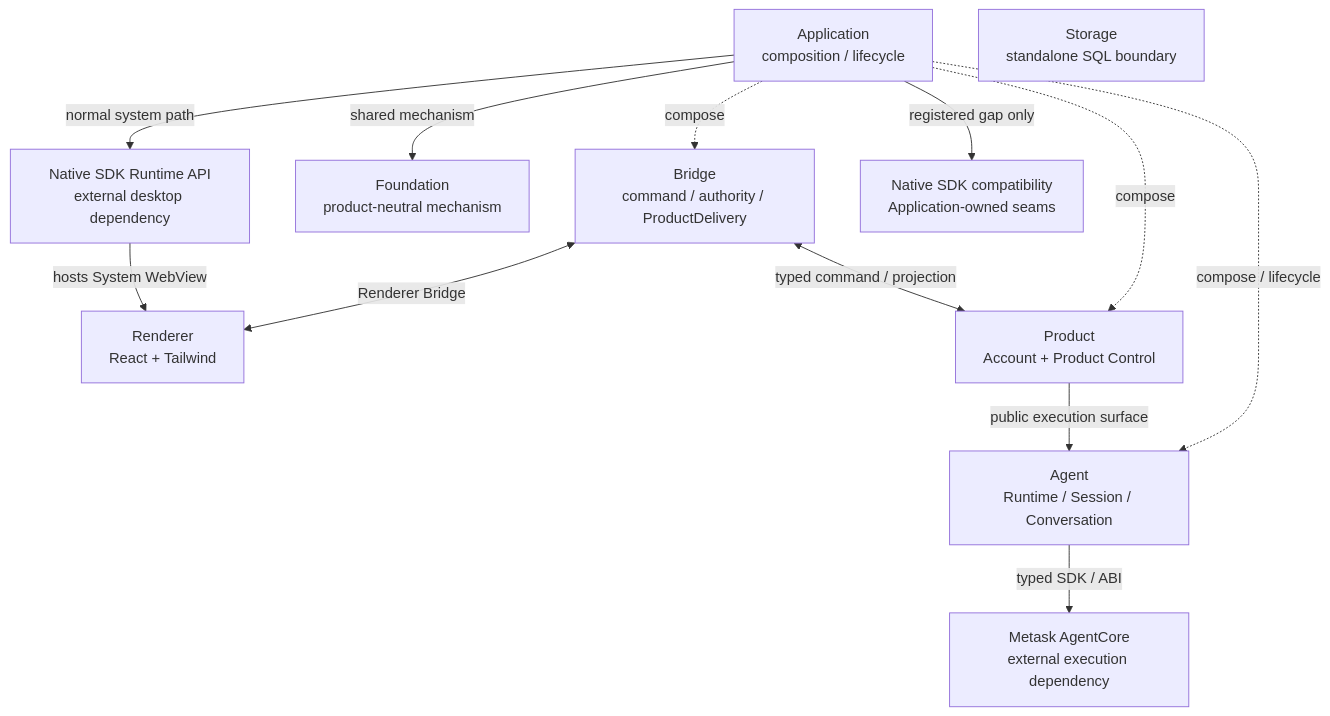
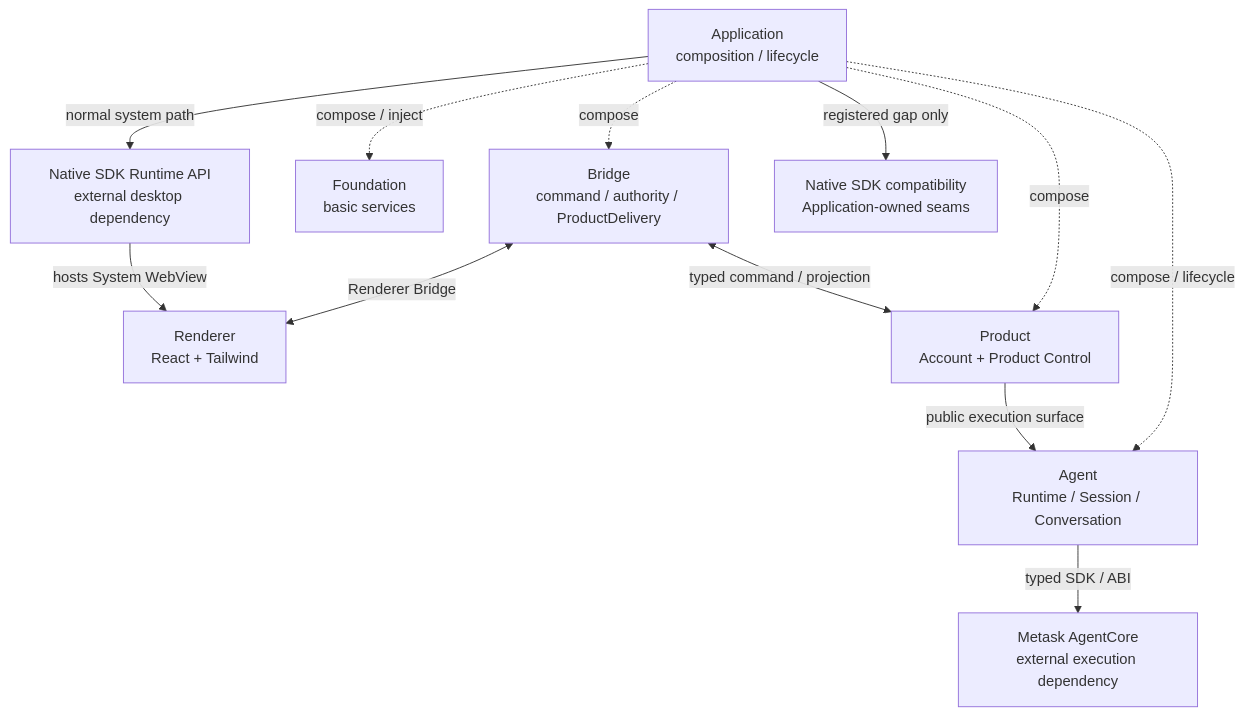
Before and after one commit to metask-ai/metawork: the diagram in docs/architecture.md, drawn with Mermaid. The commit also changed other lines of this file and 2 other files, not shown here.

````diff
--- a/docs/architecture.md
+++ b/docs/architecture.md
@@ -27,25 +27,24 @@
 ```mermaid
 flowchart TB
     RENDERER["Renderer<br/>React + Tailwind"]
     APPLICATION["Application<br/>composition / lifecycle"]
     BRIDGE["Bridge<br/>command / authority / ProductDelivery"]
     PRODUCT["Product<br/>Account + Product Control"]
     AGENT["Agent<br/>Runtime / Session / Conversation"]
-    STORAGE["Storage<br/>standalone SQL boundary"]
-    FOUNDATION["Foundation<br/>product-neutral mechanism"]
+    FOUNDATION["Foundation<br/>basic services"]
     AGENTCORE["Metask AgentCore<br/>external execution dependency"]
     NATIVE_RUNTIME["Native SDK Runtime API<br/>external desktop dependency"]
     NATIVE_COMPAT["Native SDK compatibility<br/>Application-owned seams"]
 
     APPLICATION -. "compose" .-> BRIDGE
     APPLICATION -. "compose" .-> PRODUCT
     APPLICATION -. "compose / lifecycle" .-> AGENT
-    APPLICATION -->|"shared mechanism"| FOUNDATION
+    APPLICATION -. "compose / inject" .-> FOUNDATION
     BRIDGE <-->|"Renderer Bridge"| RENDERER
     BRIDGE <-->|"typed command / projection"| PRODUCT
     PRODUCT -->|"public execution surface"| AGENT
     AGENT -->|"typed SDK / ABI"| AGENTCORE
     APPLICATION -->|"normal system path"| NATIVE_RUNTIME
     APPLICATION -->|"registered gap only"| NATIVE_COMPAT
     NATIVE_RUNTIME -->|"hosts System WebView"| RENDERER
 ```
````
